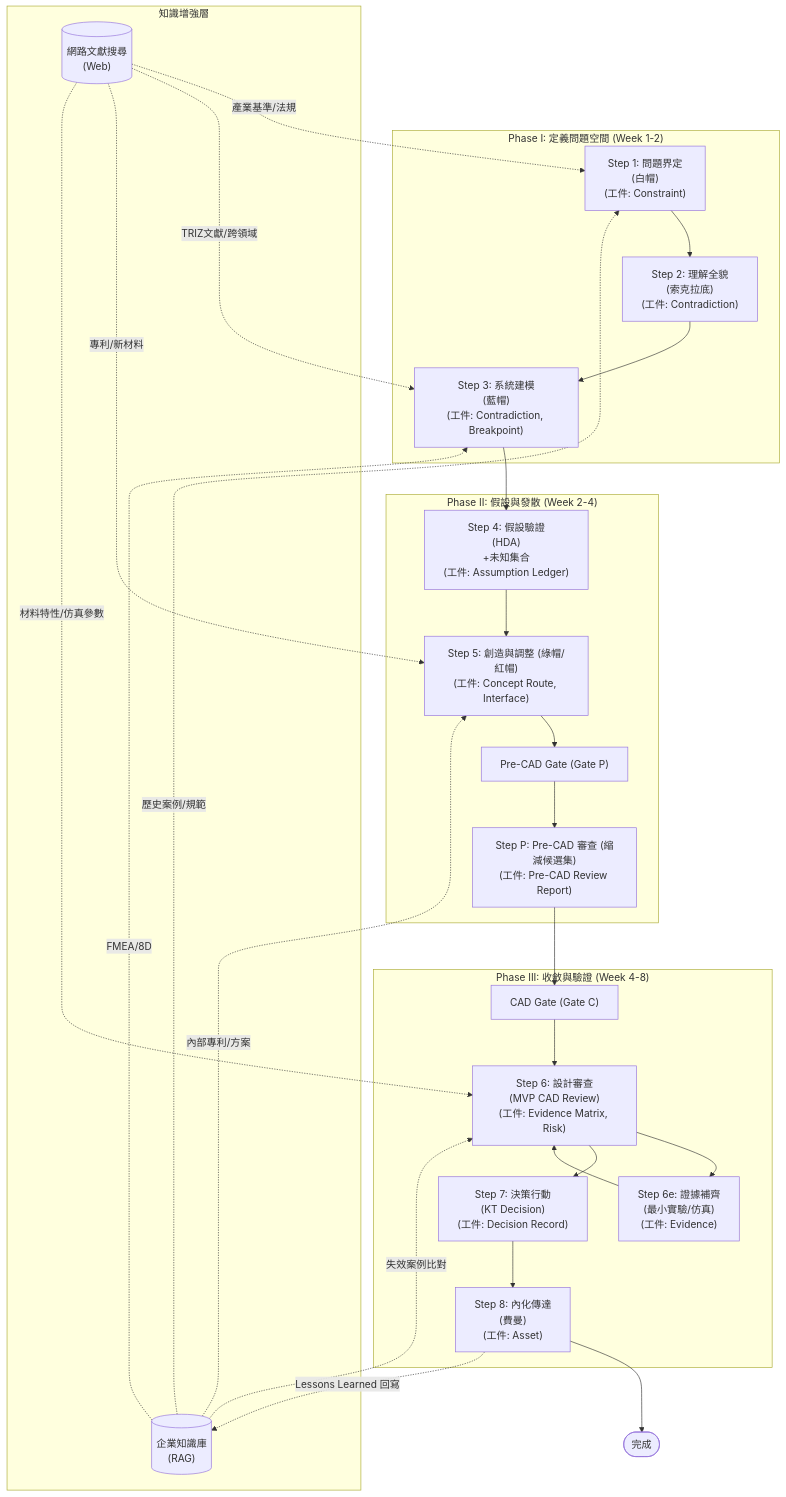
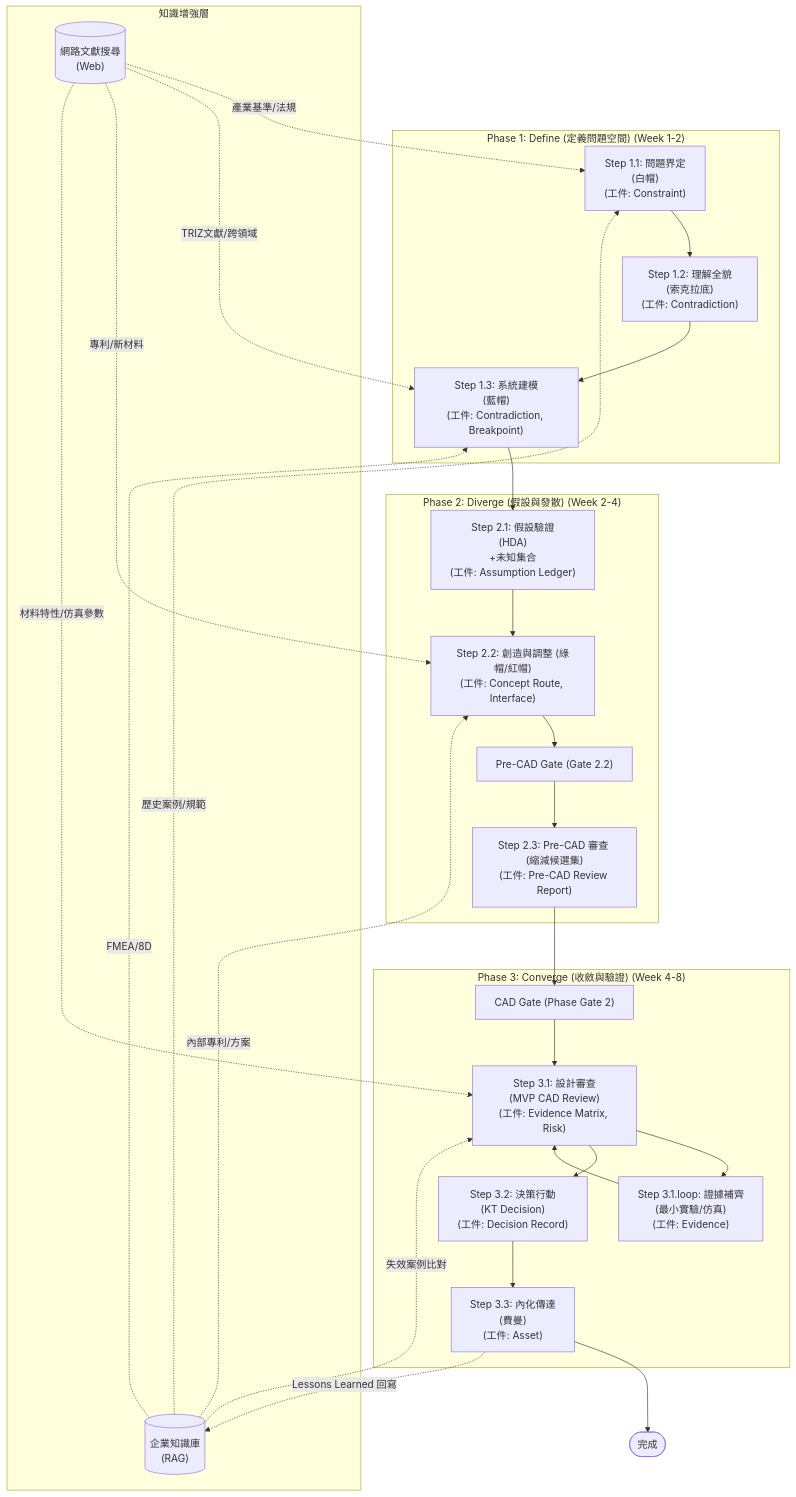
The second of 4 diagrams in docs/e2e/RD_Design_Copilot_整合流程.md (Zenobia000/AutoTRIZ_smart_design), drawn with Mermaid before and after one commit. The commit also changed other lines of this file and 147 other files, not shown here.

````diff
--- a/docs/e2e/RD_Design_Copilot_整合流程.md
+++ b/docs/e2e/RD_Design_Copilot_整合流程.md
@@ -218,49 +218,49 @@
 ```mermaid
 graph TD
-    subgraph PhaseI ["Phase I: 定義問題空間 (Week 1-2)"]
-        S1["Step 1: 問題界定<br>(白帽)<br>(工件: Constraint)"] --> S2["Step 2: 理解全貌<br>(索克拉底)<br>(工件: Contradiction)"]
-        S2 --> S3["Step 3: 系統建模<br>(藍帽)<br>(工件: Contradiction, Breakpoint)"]
+    subgraph Phase1 ["Phase 1: Define (定義問題空間) (Week 1-2)"]
+        S1["Step 1.1: 問題界定<br>(白帽)<br>(工件: Constraint)"] --> S2["Step 1.2: 理解全貌<br>(索克拉底)<br>(工件: Contradiction)"]
+        S2 --> S3["Step 1.3: 系統建模<br>(藍帽)<br>(工件: Contradiction, Breakpoint)"]
     end
 
-    subgraph PhaseII ["Phase II: 假設與發散 (Week 2-4)"]
-        S4["Step 4: 假設驗證<br>(HDA)<br>+未知集合<br>(工件: Assumption Ledger)"]
-        S5_Main["Step 5: 創造與調整 (綠帽/紅帽)<br>(工件: Concept Route, Interface)"]
-        S_P["Step P: Pre-CAD 審查 (縮減候選集)<br>(工件: Pre-CAD Review Report)"]
+    subgraph Phase2 ["Phase 2: Diverge (假設與發散) (Week 2-4)"]
+        S4["Step 2.1: 假設驗證<br>(HDA)<br>+未知集合<br>(工件: Assumption Ledger)"]
+        S5_Main["Step 2.2: 創造與調整 (綠帽/紅帽)<br>(工件: Concept Route, Interface)"]
+        S_P["Step 2.3: Pre-CAD 審查 (縮減候選集)<br>(工件: Pre-CAD Review Report)"]
 
         S4 --> S5_Main
-        S5_Main --> SP_Gate["Pre-CAD Gate (Gate P)"]
+        S5_Main --> SP_Gate["Pre-CAD Gate (Gate 2.2)"]
         SP_Gate --> S_P
     end
 
-    subgraph PhaseIII ["Phase III: 收斂與驗證 (Week 4-8)"]
-        S6["Step 6: 設計審查<br>(MVP CAD Review)<br>(工件: Evidence Matrix, Risk)"]
-        S6e["Step 6e: 證據補齊<br>(最小實驗/仿真)<br>(工件: Evidence)"]
-        S7["Step 7: 決策行動<br>(KT Decision)<br>(工件: Decision Record)"]
-        S8["Step 8: 內化傳達<br>(費曼)<br>(工件: Asset)"]
+    subgraph Phase3 ["Phase 3: Converge (收斂與驗證) (Week 4-8)"]
+        S6["Step 3.1: 設計審查<br>(MVP CAD Review)<br>(工件: Evidence Matrix, Risk)"]
+        S6e["Step 3.1.loop: 證據補齊<br>(最小實驗/仿真)<br>(工件: Evidence)"]
+        S7["Step 3.2: 決策行動<br>(KT Decision)<br>(工件: Decision Record)"]
+        S8["Step 3.3: 內化傳達<br>(費曼)<br>(工件: Asset)"]
 
-        S_P --> C_Gate["CAD Gate (Gate C)"]
+        S_P --> C_Gate["CAD Gate (Phase Gate 2)"]
         C_Gate --> S6
         S6 --> S6e
         S6e --> S6
         S6 --> S7
         S7 --> S8
     end
 
     S3 --> S4
     S8 --> End([完成])
 
     subgraph KnowledgeLayer ["知識增強層"]
         RAG[("企業知識庫<br>(RAG)")]
         WEB[("網路文獻搜尋<br>(Web)")]
     end
 
     RAG -.->|"歷史案例/規範"| S1
     RAG -.->|"FMEA/8D"| S3
     RAG -.->|"內部專利/方案"| S5_Main
     RAG -.->|"失效案例比對"| S6
     WEB -.->|"產業基準/法規"| S1
     WEB -.->|"TRIZ文獻/跨領域"| S3
     WEB -.->|"專利/新材料"| S5_Main
     WEB -.->|"材料特性/仿真參數"| S6
     S8 -.->|"Lessons Learned 回寫"| RAG
 ```
````
